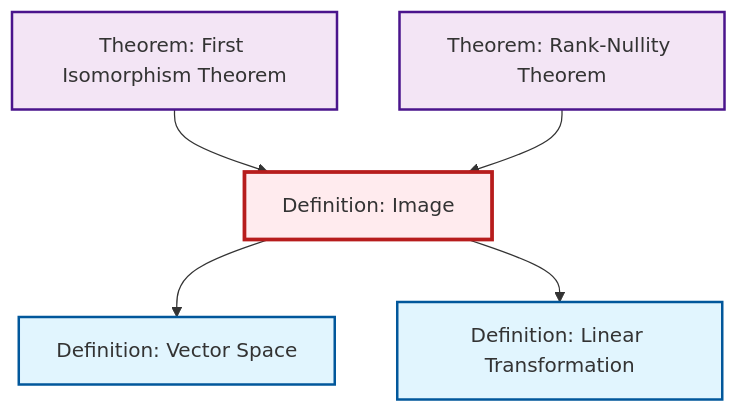
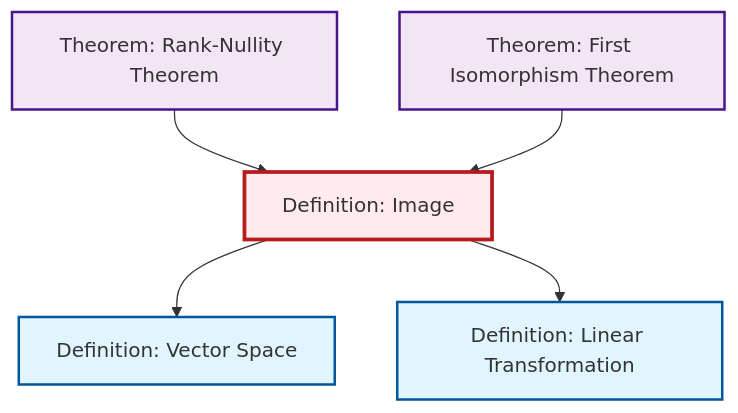
One commit to RK0429/ModernMath changed the diagram in content/ja/algebra/def-image.qmd. Above: the diagram before and after it, drawn with Mermaid. The commit also changed other lines of this file and 531 other files, not shown here.

````diff
--- a/content/ja/algebra/def-image.qmd
+++ b/content/ja/algebra/def-image.qmd
@@ -55,23 +55,23 @@
 ```{mermaid}
 %%| fig-cap: "Local dependency graph"
 graph TD
     classDef definition fill:#e1f5fe,stroke:#01579b,stroke-width:2px
     classDef theorem fill:#f3e5f5,stroke:#4a148c,stroke-width:2px
     classDef axiom fill:#fff3e0,stroke:#e65100,stroke-width:2px
     classDef example fill:#e8f5e9,stroke:#1b5e20,stroke-width:2px
     classDef current fill:#ffebee,stroke:#b71c1c,stroke-width:3px
+    thm-rank-nullity["Theorem: Rank-Nullity Theorem"]:::theorem
+    def-image["Definition: Image"]:::definition
     thm-first-isomorphism["Theorem: First Isomorphism Theorem"]:::theorem
-    thm-rank-nullity["Theorem: Rank-Nullity Theorem"]:::theorem
+    def-linear-transformation["Definition: Linear Transformation"]:::definition
     def-vector-space["Definition: Vector Space"]:::definition
-    def-image["Definition: Image"]:::definition
-    def-linear-transformation["Definition: Linear Transformation"]:::definition
+    thm-rank-nullity --> def-image
     thm-first-isomorphism --> def-image
     def-image --> def-vector-space
     def-image --> def-linear-transformation
-    thm-rank-nullity --> def-image
     class def-image current
+    click thm-rank-nullity "thm-rank-nullity.html" "Theorem: Rank-Nullity Theoremへ"
     click thm-first-isomorphism "thm-first-isomorphism.html" "Theorem: First Isomorphism Theoremへ"
-    click thm-rank-nullity "thm-rank-nullity.html" "Theorem: Rank-Nullity Theoremへ"
+    click def-linear-transformation "def-linear-transformation.html" "Definition: Linear Transformationへ"
     click def-vector-space "def-vector-space.html" "Definition: Vector Spaceへ"
-    click def-linear-transformation "def-linear-transformation.html" "Definition: Linear Transformationへ"
 ```
````
